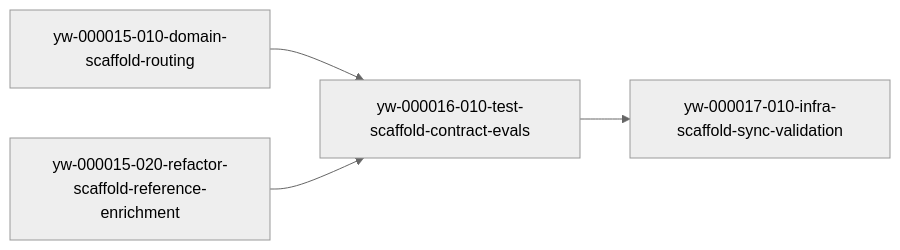
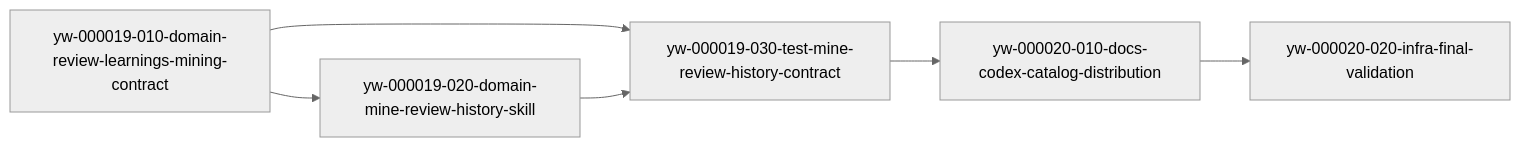
Before and after one commit to yongwoon/ywc-agent-toolkit: the first of 27 diagrams in tasks/dependency-graph.md, drawn with Mermaid (neutral theme). The commit also changed other lines of this file and 60 other files, not shown here.

First line of the commit message:
feat: add ywc-mine-review-history skill for batch PR review mining (#179)

````diff
--- a/tasks/dependency-graph.md
+++ b/tasks/dependency-graph.md
@@ -20,6 +20,8 @@
 ```mermaid
 graph LR
-  A[yw-000015-010-domain-scaffold-routing] --> C[yw-000016-010-test-scaffold-contract-evals]
-  B[yw-000015-020-refactor-scaffold-reference-enrichment] --> C
-  C --> D[yw-000017-010-infra-scaffold-sync-validation]
+  A[yw-000019-010-domain-review-learnings-mining-contract] --> B[yw-000019-020-domain-mine-review-history-skill]
+  A --> C[yw-000019-030-test-mine-review-history-contract]
+  B --> C
+  C --> D[yw-000020-010-docs-codex-catalog-distribution]
+  D --> E[yw-000020-020-infra-final-validation]
 ```
````
